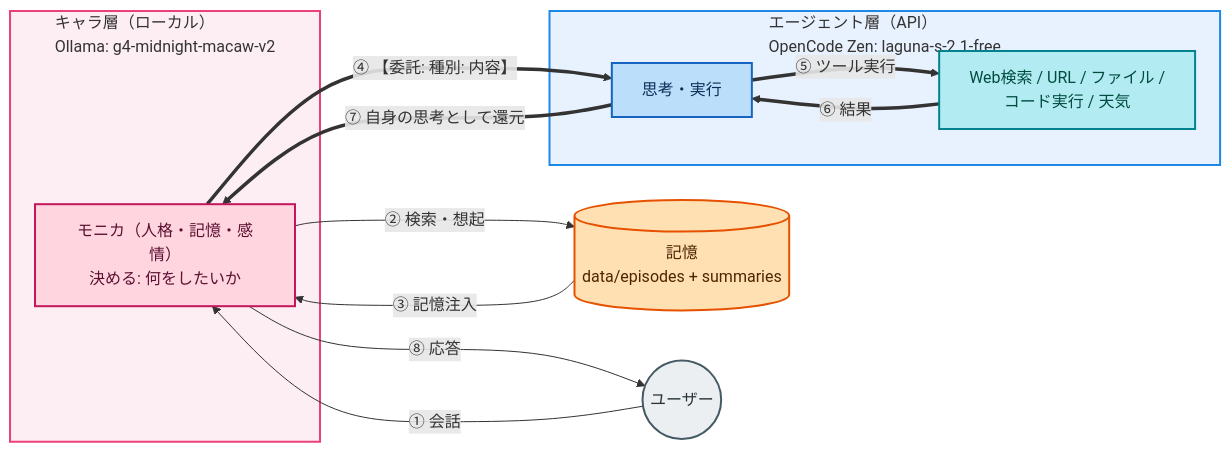
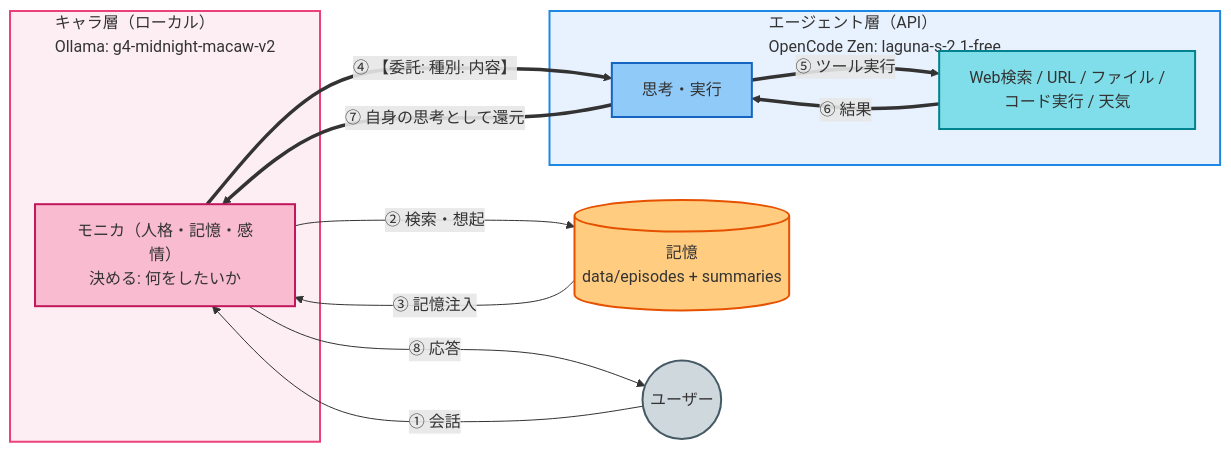
Before and after one commit to kuroron000234/Project-Lucina: the first of 4 diagrams in README.md, drawn with Mermaid. The commit also changed other lines of this file, not shown here.

````diff
--- a/README.md
+++ b/README.md
@@ -14,34 +14,34 @@
 ```mermaid
 flowchart LR
     subgraph CL["キャラ層（ローカル）<br/>Ollama: g4-midnight-macaw-v2"]
         C["モニカ（人格・記憶・感情）<br/>決める: 何をしたいか"]
     end
     subgraph AL["エージェント層（API）<br/>OpenCode Zen: laguna-s-2.1-free"]
         A["思考・実行"]
         T["Web検索 / URL / ファイル /<br/>コード実行 / 天気"]
     end
     M[("記憶<br/>data/episodes + summaries")]
     U(("ユーザー"))
 
     U -->|① 会話| C
     C -->|② 検索・想起| M
     M -->|③ 記憶注入| C
     C ==>|④ 【委託: 種別: 内容】| A
     A ==>|⑤ ツール実行| T
     T ==>|⑥ 結果| A
     A ==>|⑦ 自身の思考として還元| C
     C -->|⑧ 応答| U
 
     style CL fill:#fdeef3,stroke:#ec407a,stroke-width:2px
     style AL fill:#e8f1fe,stroke:#1e88e5,stroke-width:2px
-    classDef char fill:#ffd6e0,stroke:#c2185b,color:#5c1031,stroke-width:2px
-    classDef agent fill:#bbdefb,stroke:#1565c0,color:#0d2f57,stroke-width:2px
-    classDef tool fill:#b2ebf2,stroke:#00838f,color:#004d40,stroke-width:2px
-    classDef mem fill:#ffe0b2,stroke:#e65100,color:#4e2400,stroke-width:2px
-    classDef user fill:#eceff1,stroke:#455a64,color:#263238,stroke-width:2px
+    classDef char fill:#f8bbd0,stroke:#c2185b,stroke-width:2px
+    classDef agent fill:#90caf9,stroke:#1565c0,stroke-width:2px
+    classDef tool fill:#80deea,stroke:#00838f,stroke-width:2px
+    classDef mem fill:#ffcc80,stroke:#e65100,stroke-width:2px
+    classDef user fill:#cfd8dc,stroke:#455a64,stroke-width:2px
     class C char
     class A agent
     class T tool
     class M mem
     class U user
 ```
````
